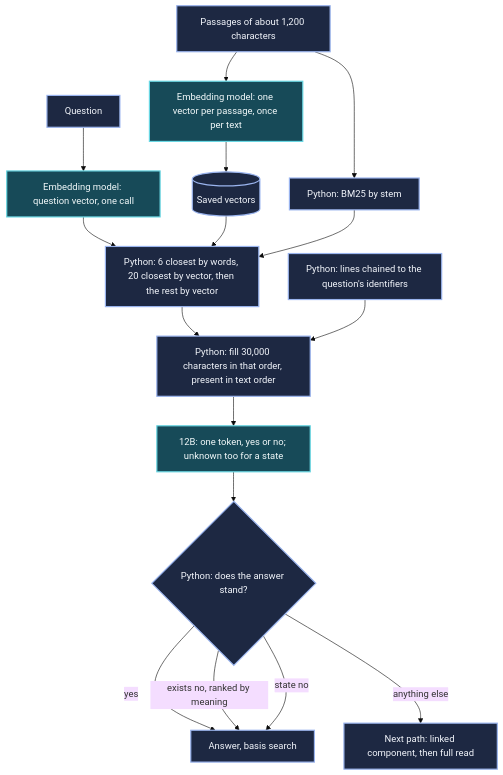
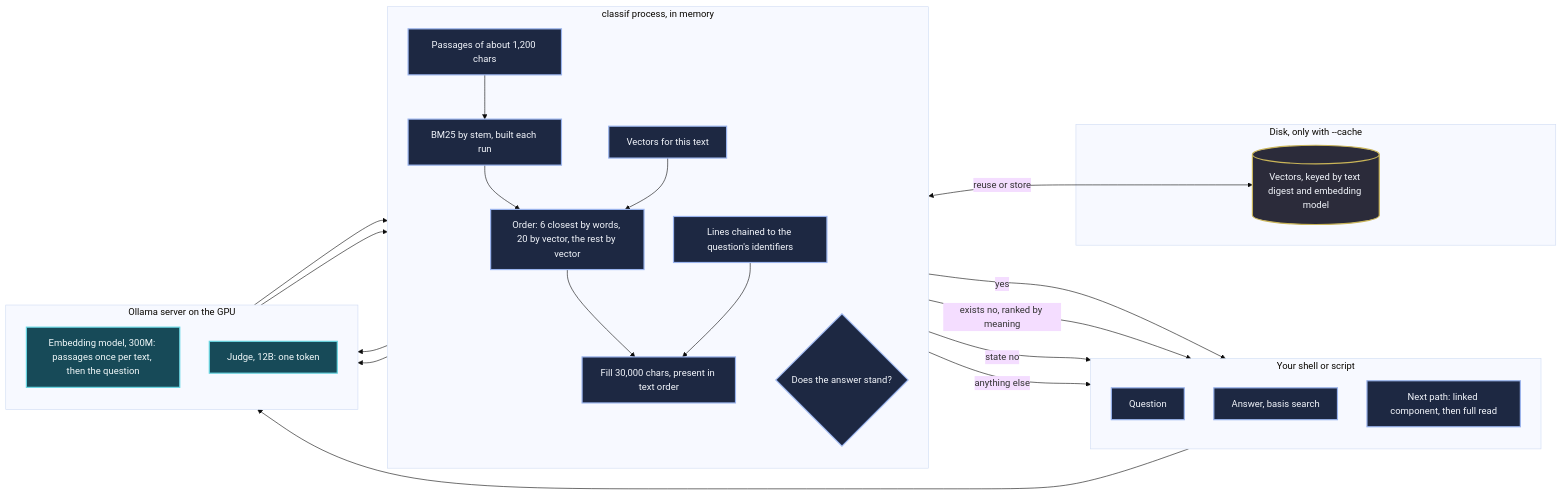
The diagram in blog/_media/diagrams/classif-search-path.mmd (Piotr1215/cloudrumble), drawn with Mermaid (base theme) before and after one commit. The commit also changed 10 other files, not shown here.

First line of the commit message:
docs(blog): check the citations, make the cache opt-in and split the diagrams by lane

```diff
--- a/blog/_media/diagrams/classif-search-path.mmd
+++ b/blog/_media/diagrams/classif-search-path.mmd
@@ -1,20 +1,46 @@
-flowchart TB
-    Q[Question] --> QE[Embedding model: question vector, one call]
-    S[Passages of about 1,200 characters] --> PE[Embedding model: one vector per passage, once per text]
-    PE --> I[(Saved vectors)]
-    S --> B[Python: BM25 by stem]
-    QE --> R
-    I --> R
+flowchart LR
+    subgraph shell["Your shell or script"]
+        direction TB
+        Q[Question]
+        O[Answer, basis search]
+        N[Next path: linked component, then full read]
+    end
+    subgraph proc["classif process, in memory"]
+        direction TB
+        S[Passages of about 1,200 chars]
+        B[BM25 by stem, built each run]
+        X[Vectors for this text]
+        R[Order: 6 closest by words, 20 by vector, the rest by vector]
+        C[Lines chained to the question's identifiers]
+        F[Fill 30,000 chars, present in text order]
+        G{Does the answer stand?}
+    end
+    subgraph disk["Disk, only with --cache"]
+        DV[(Vectors, keyed by text digest and embedding model)]
+    end
+    subgraph ollama["Ollama server on the GPU"]
+        direction TB
+        E[Embedding model, 300M: passages once per text, then the question]
+        J[Judge, 12B: one token]
+    end
+    Q --> E
+    S --> B
+    S --> E
+    E --> X
+    X <-- reuse or store --> DV
     B --> R
-    R[Python: 6 closest by words, 20 closest by vector, then the rest by vector] --> F[Python: fill 30,000 characters in that order, present in text order]
-    C[Python: lines chained to the question's identifiers] --> F
-    F --> J[12B: one token, yes or no; unknown too for a state]
-    J --> G{Python: does the answer stand?}
-    G -->|yes| O[Answer, basis search]
-    G -->|exists no, ranked by meaning| O
-    G -->|state no| O
-    G -->|anything else| N[Next path: linked component, then full read]
+    X --> R
+    R --> F
+    C --> F
+    F --> J
+    J --> G
+    G -- yes --> O
+    G -- exists no, ranked by meaning --> O
+    G -- state no --> O
+    G -- anything else --> N
     classDef semantic fill:#174a58,stroke:#69d7e3,color:#f3fafb,stroke-width:2px;
     classDef program fill:#1d2842,stroke:#9ab4ee,color:#f3f6fc,stroke-width:2px;
-    class QE,PE,J semantic;
-    class Q,S,I,B,R,F,C,G,O,N program;
+    classDef store fill:#2b2b3a,stroke:#c9b458,color:#f3f6fc,stroke-width:2px;
+    class E,J semantic;
+    class Q,O,N,S,B,X,R,C,F,G program;
+    class DV store;
```
